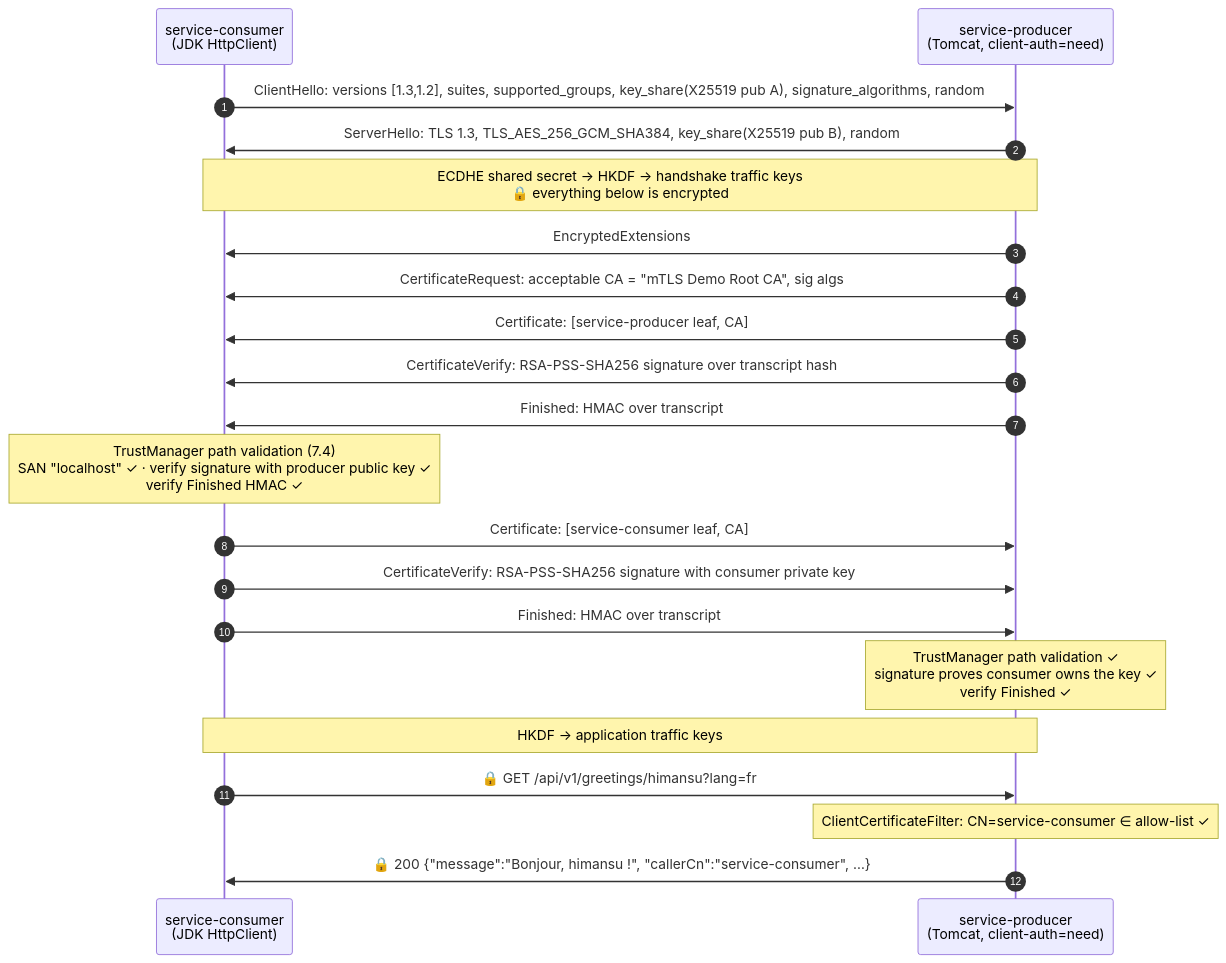
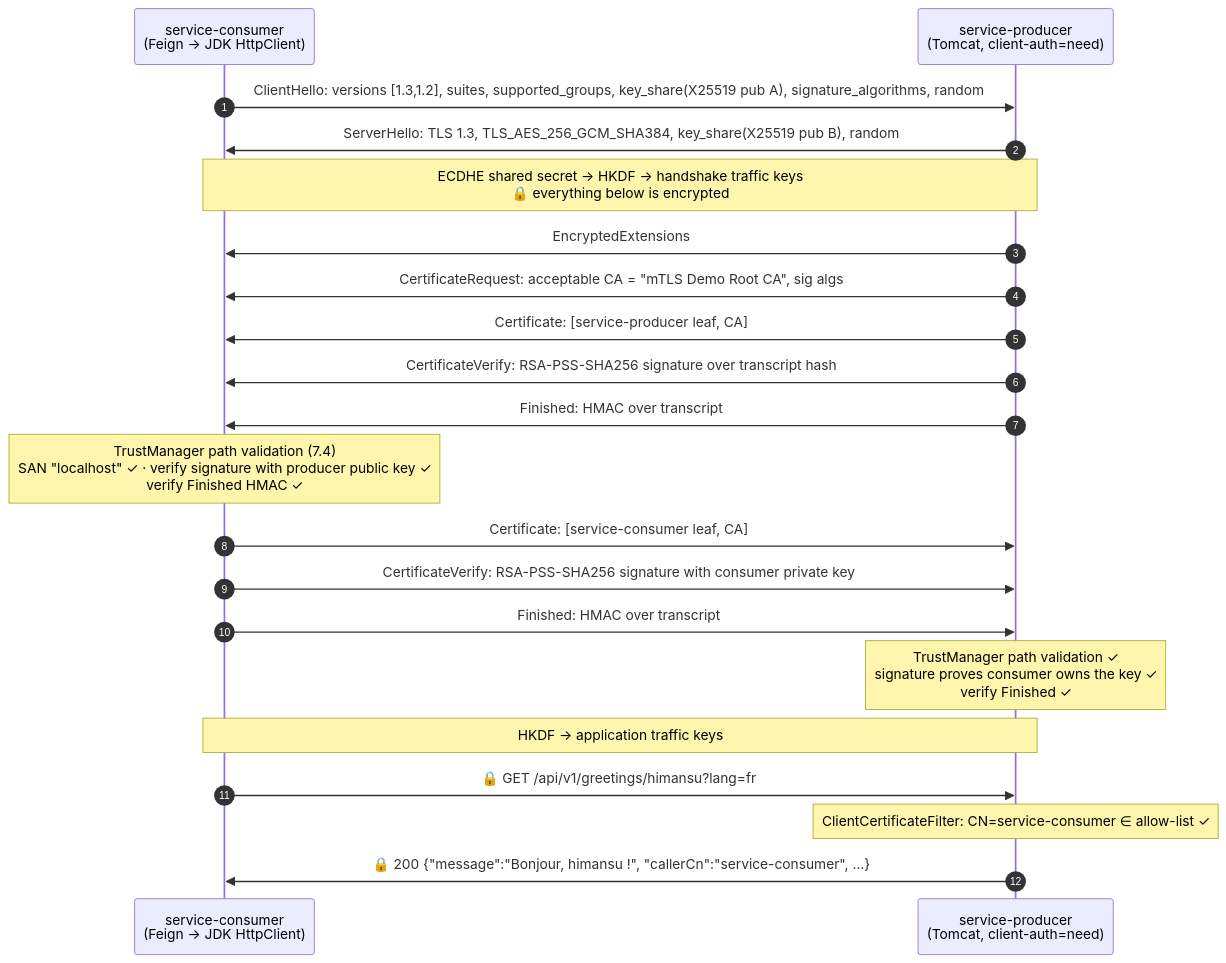
One commit to himnay/learning-mtls changed diagram 17 of 24 in README.md. Above: the diagram before and after it, drawn with Mermaid. The commit also changed other lines of this file and 11 other files, not shown here.

````diff
--- a/README.md
+++ b/README.md
@@ -718,24 +728,24 @@
 ```mermaid
 sequenceDiagram
     autonumber
-    participant C as service-consumer<br/>(JDK HttpClient)
+    participant C as service-consumer<br/>(Feign → JDK HttpClient)
     participant P as service-producer<br/>(Tomcat, client-auth=need)
 
     C->>P: ClientHello: versions [1.3,1.2], suites, supported_groups, key_share(X25519 pub A), signature_algorithms, random
     P->>C: ServerHello: TLS 1.3, TLS_AES_256_GCM_SHA384, key_share(X25519 pub B), random
     Note over C,P: ECDHE shared secret → HKDF → handshake traffic keys<br/>🔒 everything below is encrypted
     P->>C: EncryptedExtensions
     P->>C: CertificateRequest: acceptable CA = "mTLS Demo Root CA", sig algs
     P->>C: Certificate: [service-producer leaf, CA]
     P->>C: CertificateVerify: RSA-PSS-SHA256 signature over transcript hash
     P->>C: Finished: HMAC over transcript
     Note over C: TrustManager path validation (7.4)<br/>SAN "localhost" ✓ · verify signature with producer public key ✓<br/>verify Finished HMAC ✓
     C->>P: Certificate: [service-consumer leaf, CA]
     C->>P: CertificateVerify: RSA-PSS-SHA256 signature with consumer private key
     C->>P: Finished: HMAC over transcript
     Note over P: TrustManager path validation ✓<br/>signature proves consumer owns the key ✓<br/>verify Finished ✓
     Note over C,P: HKDF → application traffic keys
     C->>P: 🔒 GET /api/v1/greetings/himansu?lang=fr
     Note over P: ClientCertificateFilter: CN=service-consumer ∈ allow-list ✓
     P->>C: 🔒 200 {"message":"Bonjour, himansu !", "callerCn":"service-consumer", …}
 ```
````
